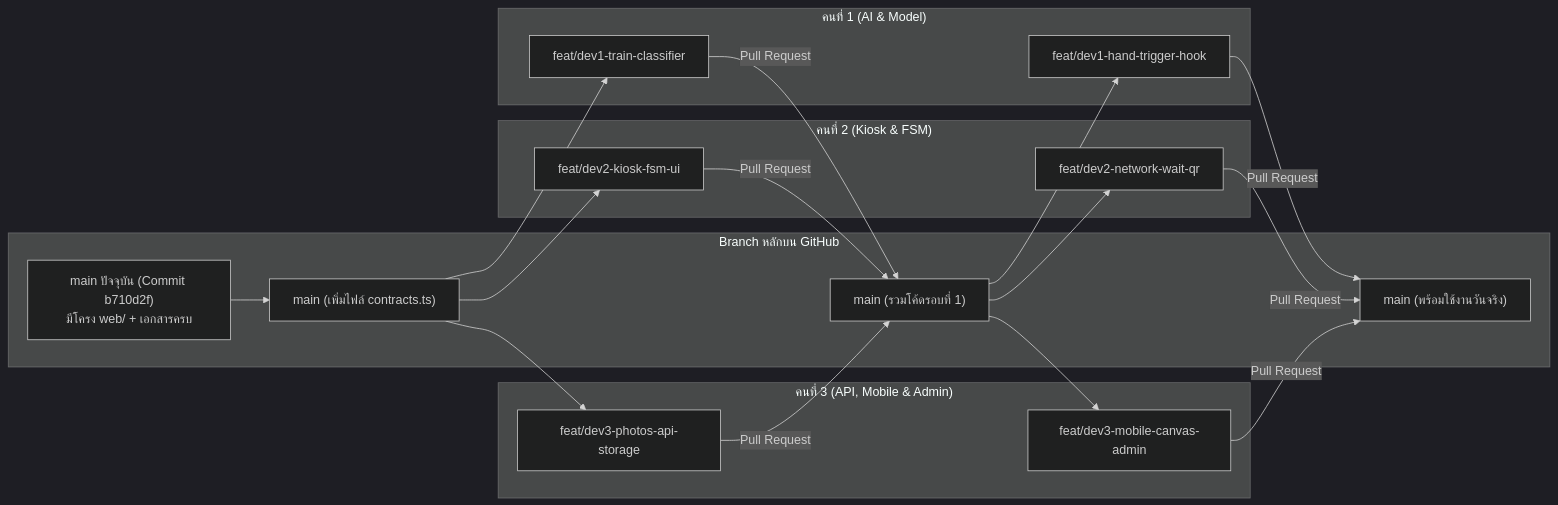
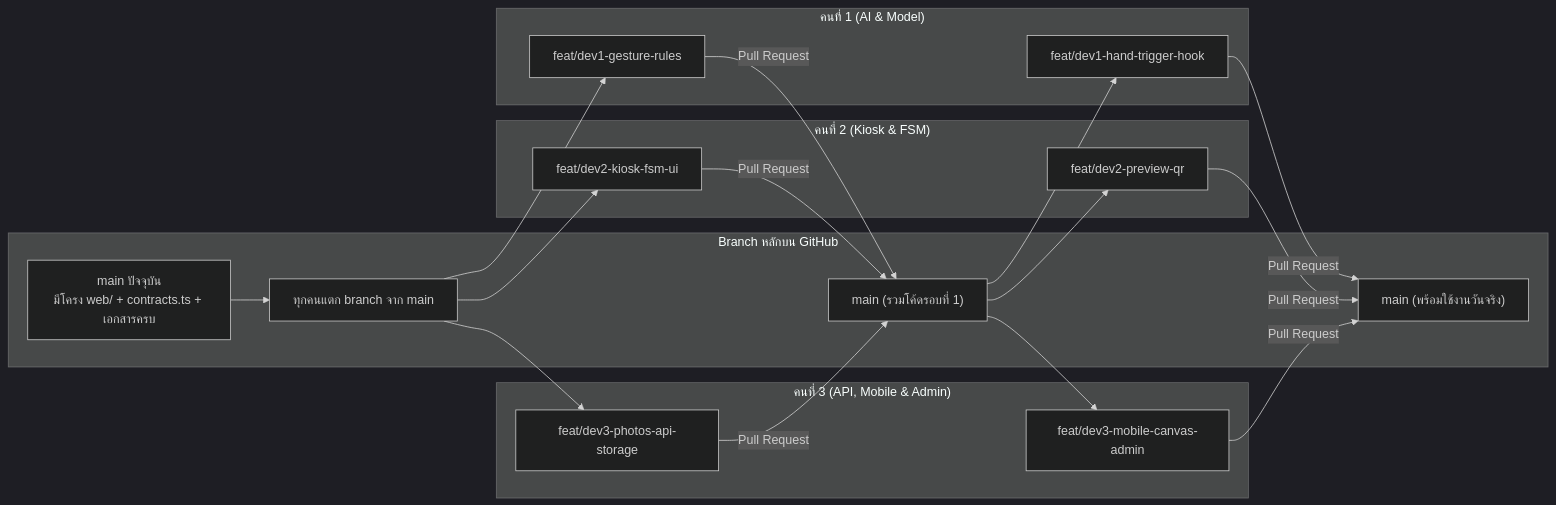
The diagram in docs/task02-architecture/team-execution-and-github-plan.md (icelandz9/swu-openhouse), drawn with Mermaid (dark theme) before and after one commit. The commit also changed other lines of this file and 18 other files, not shown here.

````diff
--- a/docs/task02-architecture/team-execution-and-github-plan.md
+++ b/docs/task02-architecture/team-execution-and-github-plan.md
@@ -166,41 +165,41 @@
 ```mermaid
 flowchart LR
     subgraph Main["Branch หลักบน GitHub"]
-        M_Now["main ปัจจุบัน (Commit b710d2f)<br>มีโครง web/ + เอกสารครบ"]
-        M_Contract["main (เพิ่มไฟล์ contracts.ts)"]
+        M_Now["main ปัจจุบัน<br>มีโครง web/ + contracts.ts + เอกสารครบ"]
+        M_Contract["ทุกคนแตก branch จาก main"]
         M_Sprint1["main (รวมโค้ดรอบที่ 1)"]
         M_Final["main (พร้อมใช้งานวันจริง)"]
     end
 
     subgraph Dev1["คนที่ 1 (AI & Model)"]
-        B1_1["feat/dev1-train-classifier"]
+        B1_1["feat/dev1-gesture-rules"]
         B1_2["feat/dev1-hand-trigger-hook"]
     end
 
     subgraph Dev2["คนที่ 2 (Kiosk & FSM)"]
         B2_1["feat/dev2-kiosk-fsm-ui"]
-        B2_2["feat/dev2-network-wait-qr"]
+        B2_2["feat/dev2-preview-qr"]
     end
 
     subgraph Dev3["คนที่ 3 (API, Mobile & Admin)"]
         B3_1["feat/dev3-photos-api-storage"]
         B3_2["feat/dev3-mobile-canvas-admin"]
     end
 
     M_Now --> M_Contract
     M_Contract --> B1_1
     M_Contract --> B2_1
     M_Contract --> B3_1
 
     B1_1 -->|"Pull Request"| M_Sprint1
     B2_1 -->|"Pull Request"| M_Sprint1
     B3_1 -->|"Pull Request"| M_Sprint1
 
     M_Sprint1 --> B1_2
     M_Sprint1 --> B2_2
     M_Sprint1 --> B3_2
 
     B1_2 -->|"Pull Request"| M_Final
     B2_2 -->|"Pull Request"| M_Final
     B3_2 -->|"Pull Request"| M_Final
 ```
````
